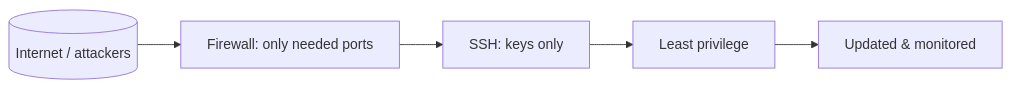
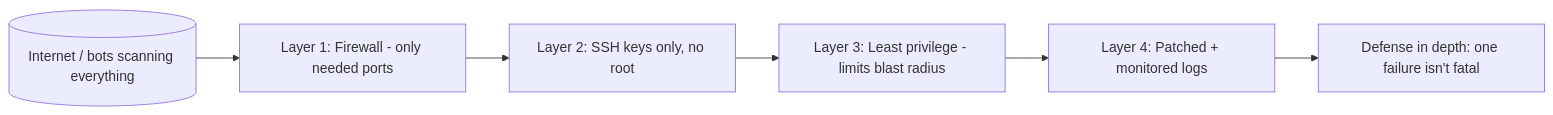
Before and after one commit to cloud-prakhar/learning-linux: the diagram in 12-linux-security-basics/security-basics.md, drawn with Mermaid. The commit also changed other lines of this file and 69 other files, not shown here.

````diff
--- a/12-linux-security-basics/security-basics.md
+++ b/12-linux-security-basics/security-basics.md
@@ -32,7 +40,8 @@
 ```mermaid
 flowchart LR
-    Net[(Internet / attackers)] --> FW[Firewall: only needed ports]
-    FW --> SSH[SSH: keys only]
-    SSH --> Priv[Least privilege]
-    Priv --> Patch[Updated & monitored]
+    Net[(Internet / bots scanning everything)] --> FW[Layer 1: Firewall - only needed ports]
+    FW --> SSH[Layer 2: SSH keys only, no root]
+    SSH --> Priv[Layer 3: Least privilege - limits blast radius]
+    Priv --> Patch[Layer 4: Patched + monitored logs]
+    Patch --> Safe[Defense in depth: one failure isn't fatal]
 ```
````
